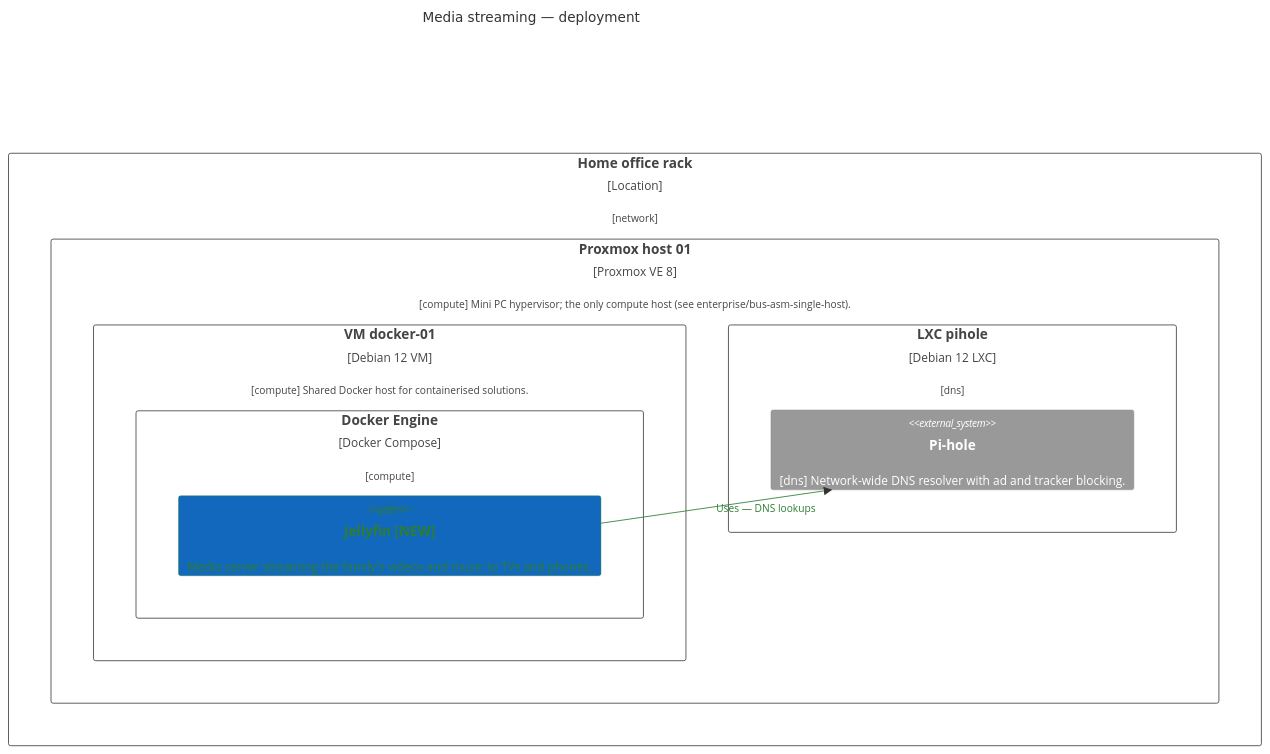
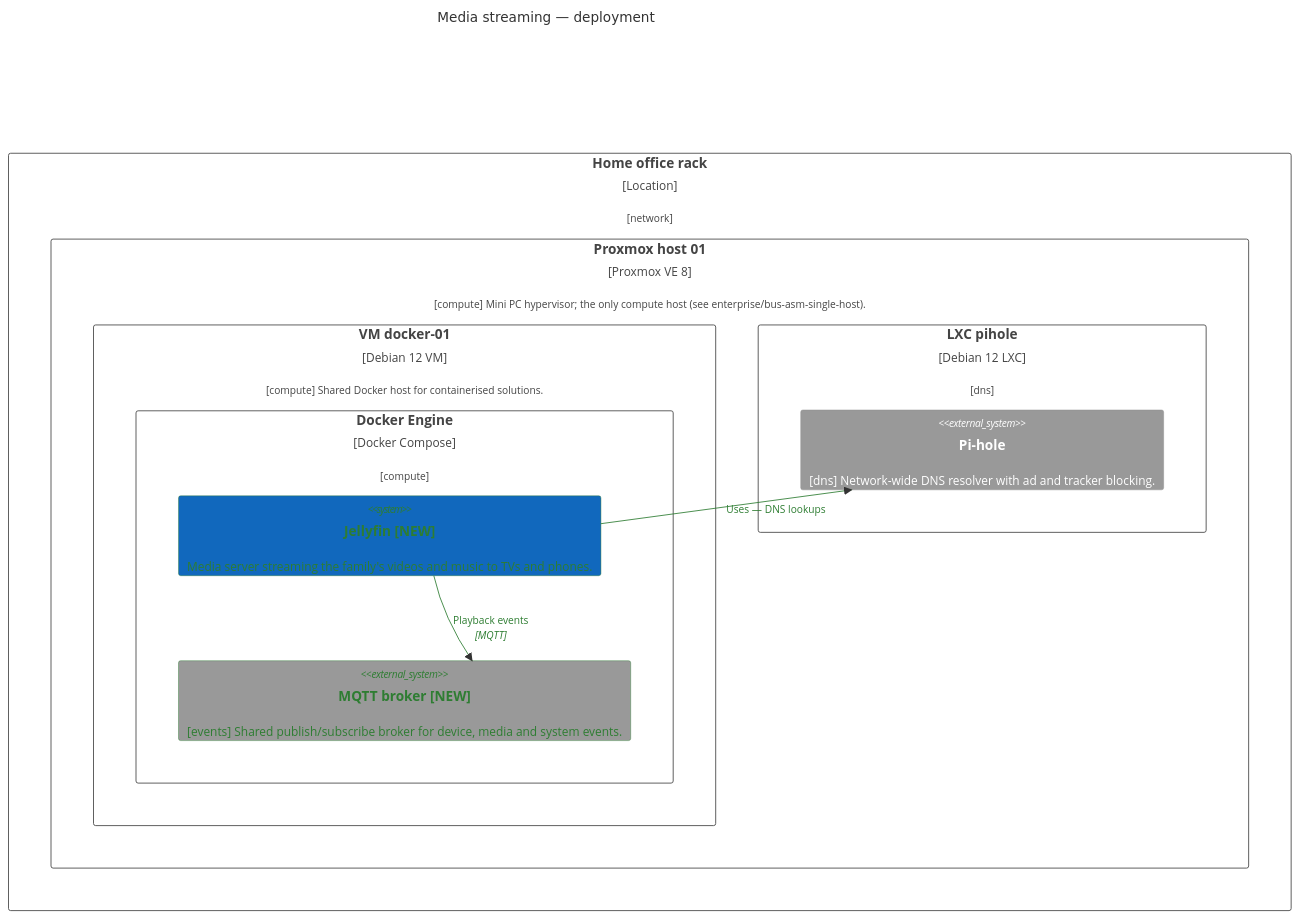
Before and after one commit to b-zig/a4m: the first of 3 diagrams in docs/media/c4-deployment.md, drawn with Mermaid. The commit also changed other lines of this file and 28 other files, not shown here.

First line of the commit message:
Add events platform SA (MQTT event fabric) and its first consumers

````diff
--- a/docs/media/c4-deployment.md
+++ b/docs/media/c4-deployment.md
@@ -6,20 +6,24 @@
 ```mermaid
 C4Deployment
   title Media streaming — deployment
   Deployment_Node(network__infra_loc_home, "Home office rack", "Location", "[network]") {
     Deployment_Node(compute__infra_pve_01, "Proxmox host 01", "Proxmox VE 8", "[compute] Mini PC hypervisor; the only compute host (see enterprise/bus-asm-single-host).") {
       Deployment_Node(compute__infra_vm_docker, "VM docker-01", "Debian 12 VM", "[compute] Shared Docker host for containerised solutions.") {
         Deployment_Node(compute__infra_docker, "Docker Engine", "Docker Compose", "[compute]") {
           System(app_jellyfin, "Jellyfin [NEW]", "Media server streaming the family's videos and music to TVs and phones.")
+          System_Ext(events__app_mqtt_broker, "MQTT broker [NEW]", "[events] Shared publish/subscribe broker for device, media and system events.")
         }
       }
       Deployment_Node(dns__infra_lxc_pihole, "LXC pihole", "Debian 12 LXC", "[dns]") {
         System_Ext(dns__app_pihole, "Pi-hole", "[dns] Network-wide DNS resolver with ad and tracker blocking.")
       }
     }
   }
   Rel(app_jellyfin, dns__app_pihole, "Uses — DNS lookups")
+  Rel(app_jellyfin, events__app_mqtt_broker, "Playback events", "MQTT")
   UpdateElementStyle(app_jellyfin, $borderColor="#2e7d32", $fontColor="#2e7d32")
+  UpdateElementStyle(events__app_mqtt_broker, $borderColor="#2e7d32", $fontColor="#2e7d32")
   UpdateRelStyle(app_jellyfin, dns__app_pihole, $textColor="#2e7d32", $lineColor="#2e7d32")
+  UpdateRelStyle(app_jellyfin, events__app_mqtt_broker, $textColor="#2e7d32", $lineColor="#2e7d32")
   UpdateLayoutConfig($c4ShapeInRow="4", $c4BoundaryInRow="2")
 ```
````
